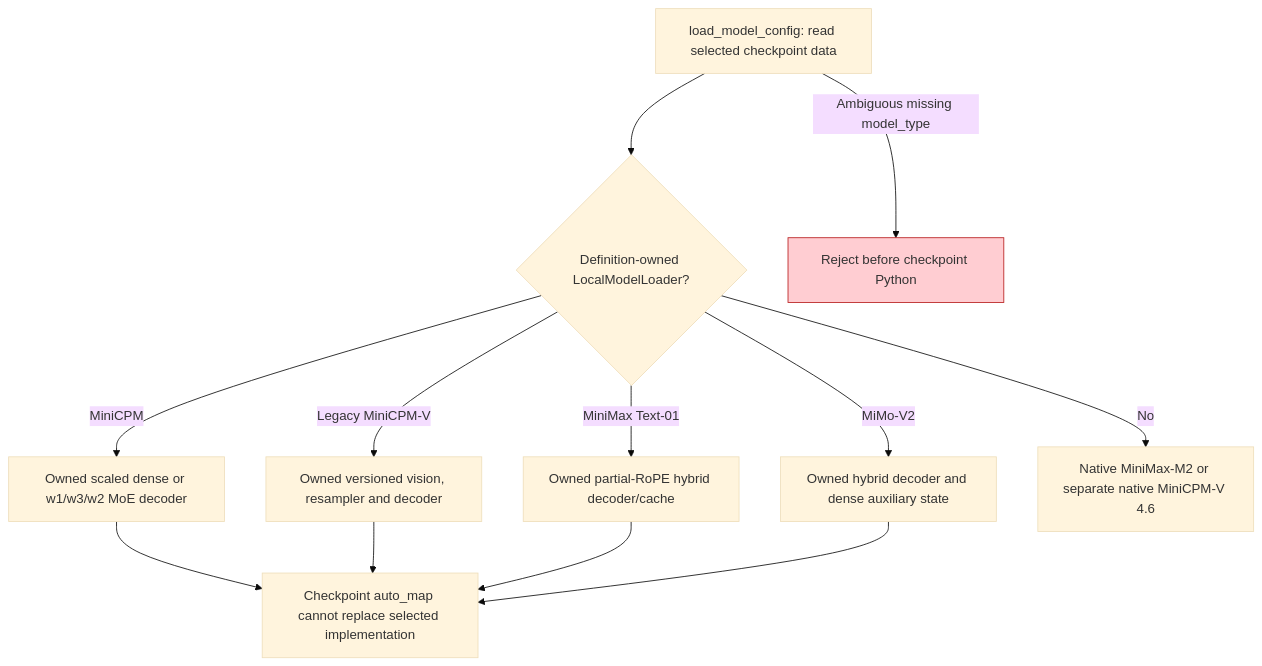
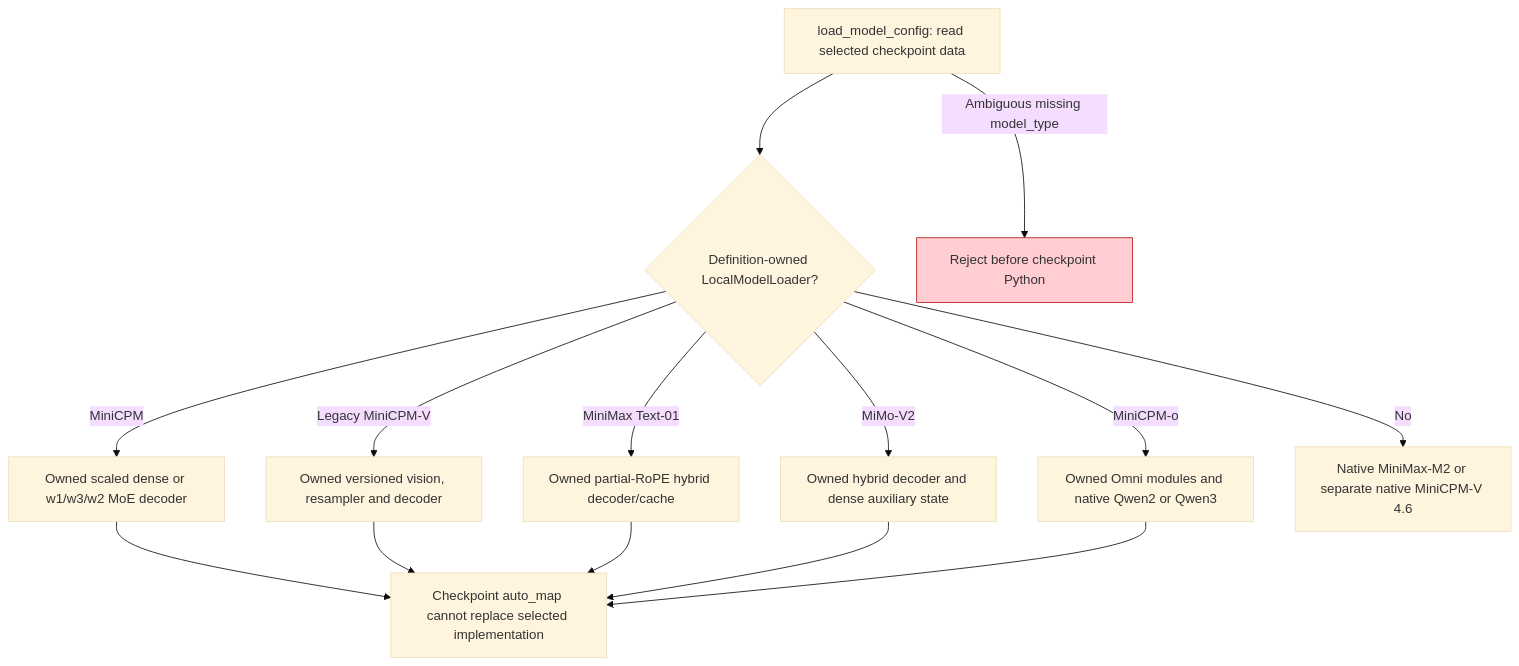
One commit to ModelCloud/GPTQModel changed the eighth of 33 diagrams in docs/transformers5-model-ports.md. Above: the diagram before and after it, drawn with Mermaid (base theme). The commit also changed other lines of this file and 33 other files, not shown here.

Commit message:
Port MiniCPM-o 2.6 and 4.5 to owned Transformers 5 loaders

````diff
--- a/docs/transformers5-model-ports.md
+++ b/docs/transformers5-model-ports.md
@@ -450,16 +454,18 @@
 ```mermaid
 flowchart TD
     A["load_model_config: read selected checkpoint data"] --> B{"Definition-owned LocalModelLoader?"}
     B -->|MiniCPM| C["Owned scaled dense or w1/w3/w2 MoE decoder"]
     B -->|Legacy MiniCPM-V| D["Owned versioned vision, resampler and decoder"]
     B -->|MiniMax Text-01| E["Owned partial-RoPE hybrid decoder/cache"]
     B -->|MiMo-V2| F["Owned hybrid decoder and dense auxiliary state"]
+    B -->|MiniCPM-o| I["Owned Omni modules and native Qwen2 or Qwen3"]
     B -->|No| G["Native MiniMax-M2 or separate native MiniCPM-V 4.6"]
     C --> H["Checkpoint auto_map cannot replace selected implementation"]
     D --> H
     E --> H
     F --> H
+    I --> H
     A -->|Ambiguous missing model_type| X["Reject before checkpoint Python"]
     classDef failure fill:#ffcdd2,stroke:#b71c1c
     class X failure
 ```
````
